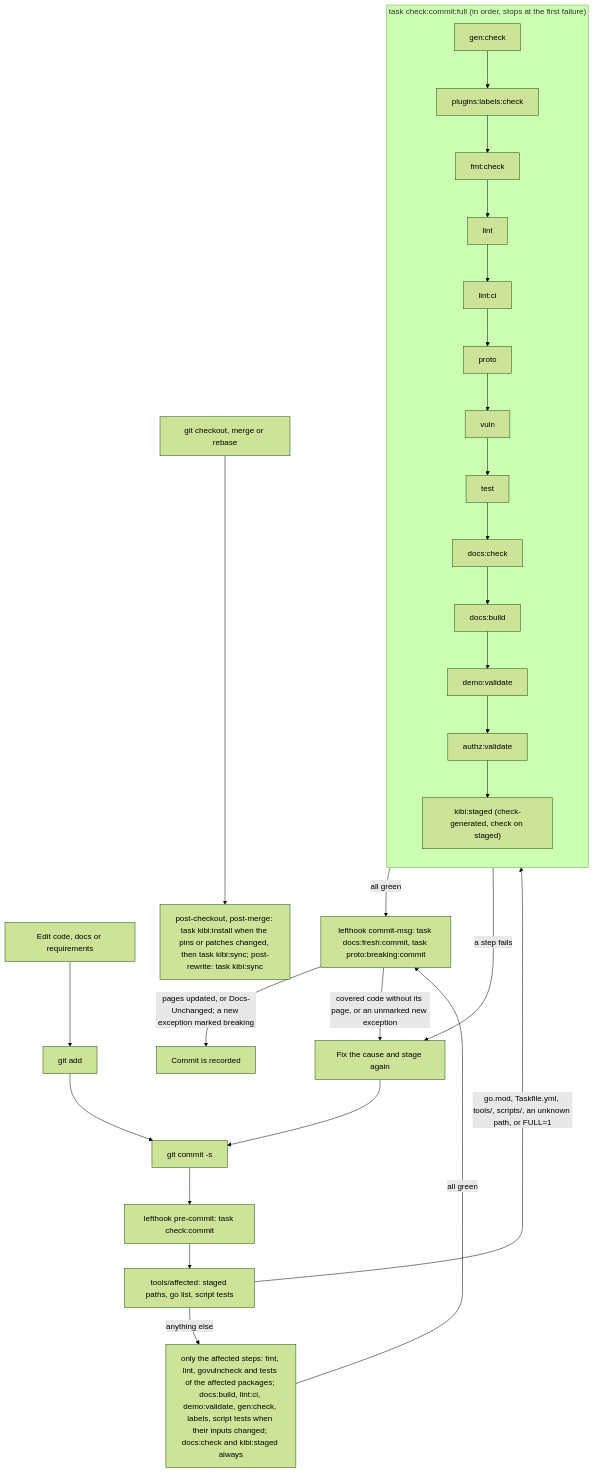
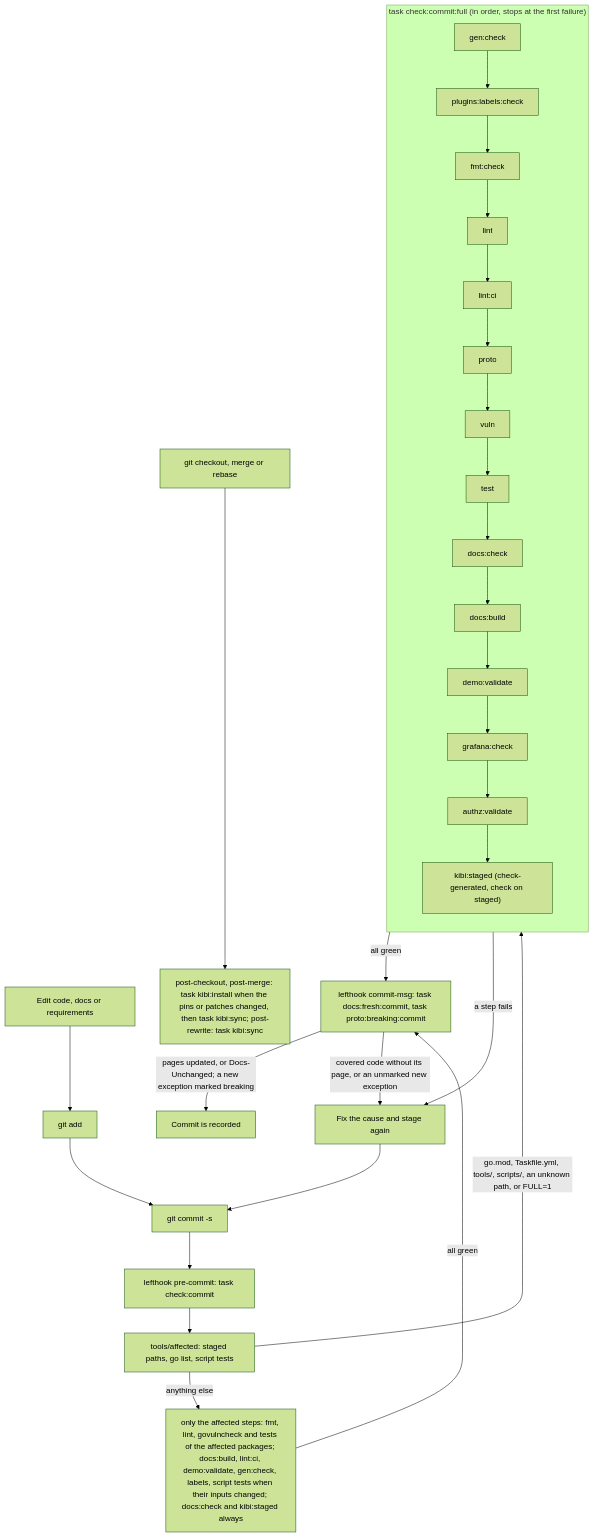
The second of 5 diagrams in docs/dev/pipeline.md (arkadiuss/openfief), drawn with Mermaid (forest theme) before and after one commit. The commit also changed other lines of this file and 39 other files, not shown here.

First line of the commit message:
feat(demo): provision the Grafana Cloud stack's dashboard and alert rules from git

````diff
--- a/docs/dev/pipeline.md
+++ b/docs/dev/pipeline.md
@@ -183,21 +184,21 @@
 ```mermaid
 flowchart TD
   edit["Edit code, docs or requirements"] --> add["git add"]
   add --> commit["git commit -s"]
   commit --> hook["lefthook pre-commit: task check:commit"]
   hook --> sel["tools/affected: staged paths, go list, script tests"]
   sel -->|"go.mod, Taskfile.yml, tools/, scripts/, an unknown path, or FULL=1"| cc
   sel -->|"anything else"| part["only the affected steps: fmt, lint, govulncheck and tests of the affected packages; docs:build, lint:ci, demo:validate, gen:check, labels, script tests when their inputs changed; docs:check and kibi:staged always"]
   subgraph cc["task check:commit:full (in order, stops at the first failure)"]
     direction TB
     gen["gen:check"] --> labels["plugins:labels:check"] --> fmt["fmt:check"] --> lint["lint"] --> lintci["lint:ci"] --> proto["proto"]
-    proto --> vuln["vuln"] --> test["test"] --> docs["docs:check"] --> site["docs:build"] --> dv["demo:validate"] --> az["authz:validate"] --> kibi["kibi:staged (check-generated, check on staged)"]
+    proto --> vuln["vuln"] --> test["test"] --> docs["docs:check"] --> site["docs:build"] --> dv["demo:validate"] --> gc["grafana:check"] --> az["authz:validate"] --> kibi["kibi:staged (check-generated, check on staged)"]
   end
   part -->|"all green"| msg
   cc -->|"all green"| msg["lefthook commit-msg: task docs:fresh:commit, task proto:breaking:commit"]
   msg -->|"pages updated, or Docs-Unchanged; a new exception marked breaking"| done["Commit is recorded"]
   msg -->|"covered code without its page, or an unmarked new exception"| fix
   cc -->|"a step fails"| fix["Fix the cause and stage again"]
   fix --> commit
   switch["git checkout, merge or rebase"] --> sync["post-checkout, post-merge: task kibi:install when the pins or patches changed, then task kibi:sync; post-rewrite: task kibi:sync"]
 ```
````
